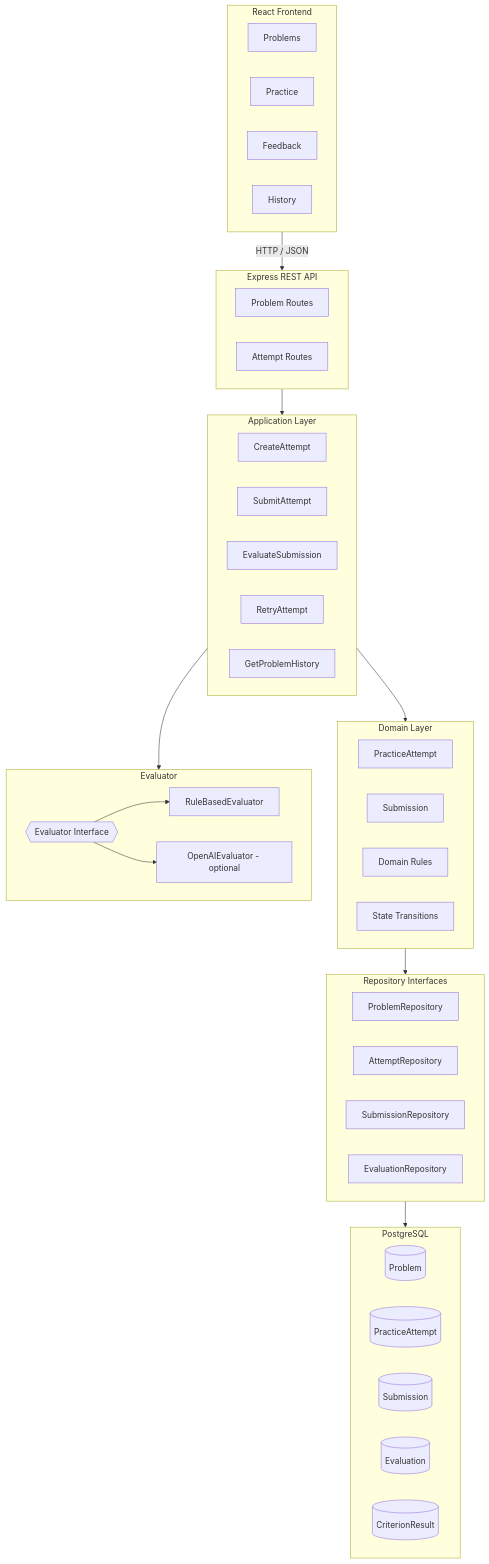
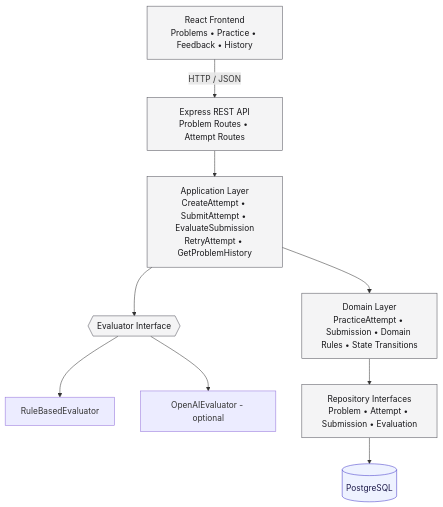
The first of 7 diagrams in README.md (shaurya-sehgal5/LLD), drawn with Mermaid before and after one commit. The commit also changed other lines of this file and 5 other files, not shown here.

````diff
--- a/README.md
+++ b/README.md
@@ -49,66 +49,25 @@
 ```mermaid
 flowchart TB
-    subgraph FE[React Frontend]
-        direction LR
-        F1[Problems]
-        F2[Practice]
-        F3[Feedback]
-        F4[History]
-    end
+    classDef layer fill:#f4f4f5,stroke:#52525b,color:#18181b;
+    classDef db fill:#eef2ff,stroke:#4338ca,color:#1e1b4b;
 
-    subgraph API[Express REST API]
-        direction LR
-        R1[Problem Routes]
-        R2[Attempt Routes]
-    end
+    FE["React Frontend<br/>Problems • Practice • Feedback • History"]
+    API["Express REST API<br/>Problem Routes • Attempt Routes"]
+    APP["Application Layer<br/>CreateAttempt • SubmitAttempt • EvaluateSubmission<br/>RetryAttempt • GetProblemHistory"]
+    DOM["Domain Layer<br/>PracticeAttempt • Submission • Domain Rules • State Transitions"]
+    EVAL{{Evaluator Interface}}
+    E1[RuleBasedEvaluator]
+    E2[OpenAIEvaluator - optional]
+    REPO["Repository Interfaces<br/>Problem • Attempt • Submission • Evaluation"]
+    DB[(PostgreSQL)]
 
-    subgraph APP[Application Layer]
-        direction LR
-        A1[CreateAttempt]
-        A2[SubmitAttempt]
-        A3[EvaluateSubmission]
-        A4[RetryAttempt]
-        A5[GetProblemHistory]
-    end
-
-    subgraph DOM[Domain Layer]
-        direction LR
-        D1[PracticeAttempt]
-        D2[Submission]
-        D3[Domain Rules]
-        D4[State Transitions]
-    end
-
-    subgraph EVAL[Evaluator]
-        direction LR
-        E0{{Evaluator Interface}}
-        E1[RuleBasedEvaluator]
-        E2[OpenAIEvaluator - optional]
-        E0 --> E1
-        E0 --> E2
-    end
-
-    subgraph REPO[Repository Interfaces]
-        direction LR
-        RP1[ProblemRepository]
-        RP2[AttemptRepository]
-        RP3[SubmissionRepository]
-        RP4[EvaluationRepository]
-    end
-
-    subgraph DB[PostgreSQL]
-        direction LR
-        DB1[(Problem)]
-        DB2[(PracticeAttempt)]
-        DB3[(Submission)]
-        DB4[(Evaluation)]
-        DB5[(CriterionResult)]
-    end
-
-    FE -->|HTTP / JSON| API
-    API --> APP
+    FE -->|HTTP / JSON| API --> APP
     APP --> DOM
     APP --> EVAL
-    DOM --> REPO
-    REPO --> DB
+    EVAL --> E1
+    EVAL --> E2
+    DOM --> REPO --> DB
+
+    class FE,API,APP,DOM,EVAL,REPO layer;
+    class DB db;
 ```
````
